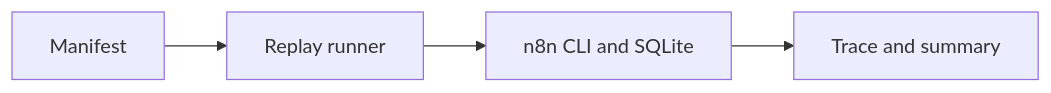
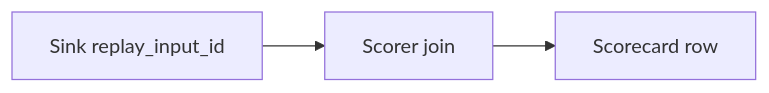
One commit to beyondalgorithms2026-source/Rescue_Diagnostic changed the diagram in .ai/REVIEW.md. Above: the diagram before and after it, drawn with Mermaid. The commit also changed other lines of this file and 4 other files, not shown here.

Commit message:
Fix replay input score join

````diff
--- a/.ai/REVIEW.md
+++ b/.ai/REVIEW.md
@@ -8,4 +8,4 @@
 ```mermaid
 flowchart LR
-  M[Manifest] --> R[Replay runner] --> N[n8n CLI and SQLite] --> E[Trace and summary]
+  S[Sink replay_input_id] --> J[Scorer join] --> C[Scorecard row]
 ```
````
